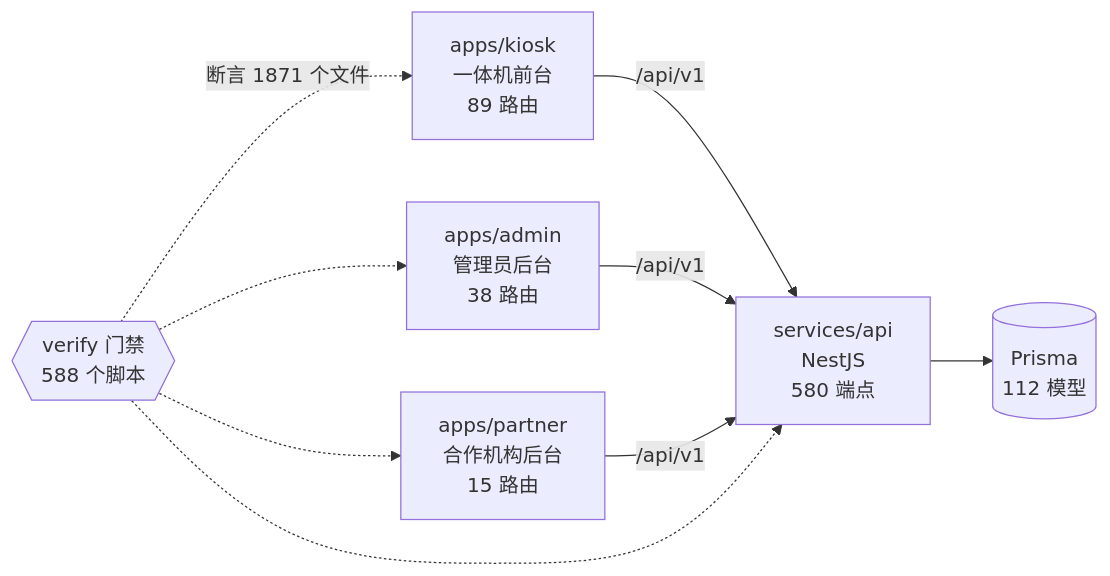
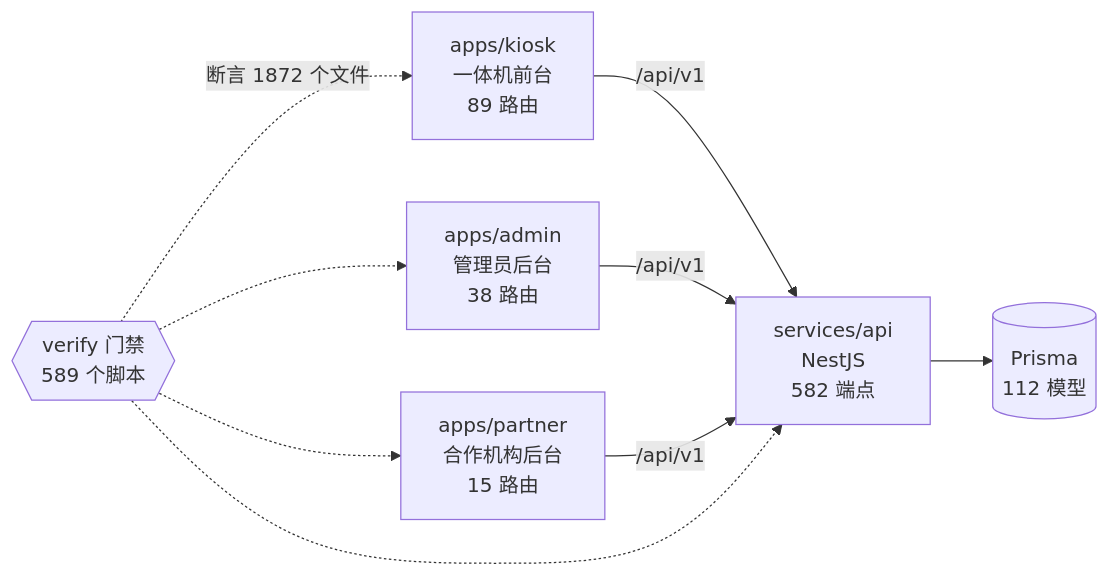
Before and after one commit to wanglei581/YITIJI: the diagram in docs/graph/README.md, drawn with Mermaid. The commit also changed other lines of this file and 4 other files, not shown here.

First line of the commit message:
docs(graph): 重生成项目图谱（FLOW1c 新门禁 verify-member-restore 与恢复服务；顺带补登 main 上 #1464 留下的两处未登记引用）

````diff
--- a/docs/graph/README.md
+++ b/docs/graph/README.md
@@ -68,18 +68,18 @@
 ```mermaid
 flowchart LR
   kiosk["apps/kiosk<br/>一体机前台<br/>89 路由"]
   admin["apps/admin<br/>管理员后台<br/>38 路由"]
   partner["apps/partner<br/>合作机构后台<br/>15 路由"]
-  api["services/api<br/>NestJS<br/>580 端点"]
+  api["services/api<br/>NestJS<br/>582 端点"]
   db[("Prisma<br/>112 模型")]
-  gates{{"verify 门禁<br/>588 个脚本"}}
+  gates{{"verify 门禁<br/>589 个脚本"}}
 
   kiosk -->|"/api/v1"| api
   admin -->|"/api/v1"| api
   partner -->|"/api/v1"| api
   api --> db
-  gates -.->|"断言 1871 个文件"| kiosk
+  gates -.->|"断言 1872 个文件"| kiosk
   gates -.-> admin
   gates -.-> partner
   gates -.-> api
 ```
````
